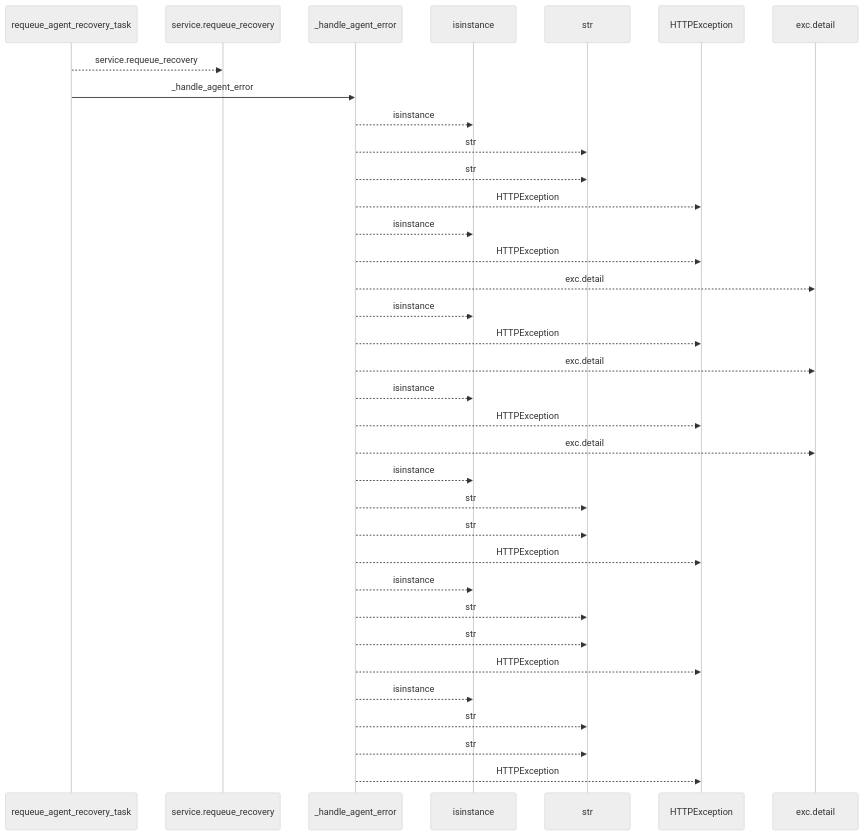
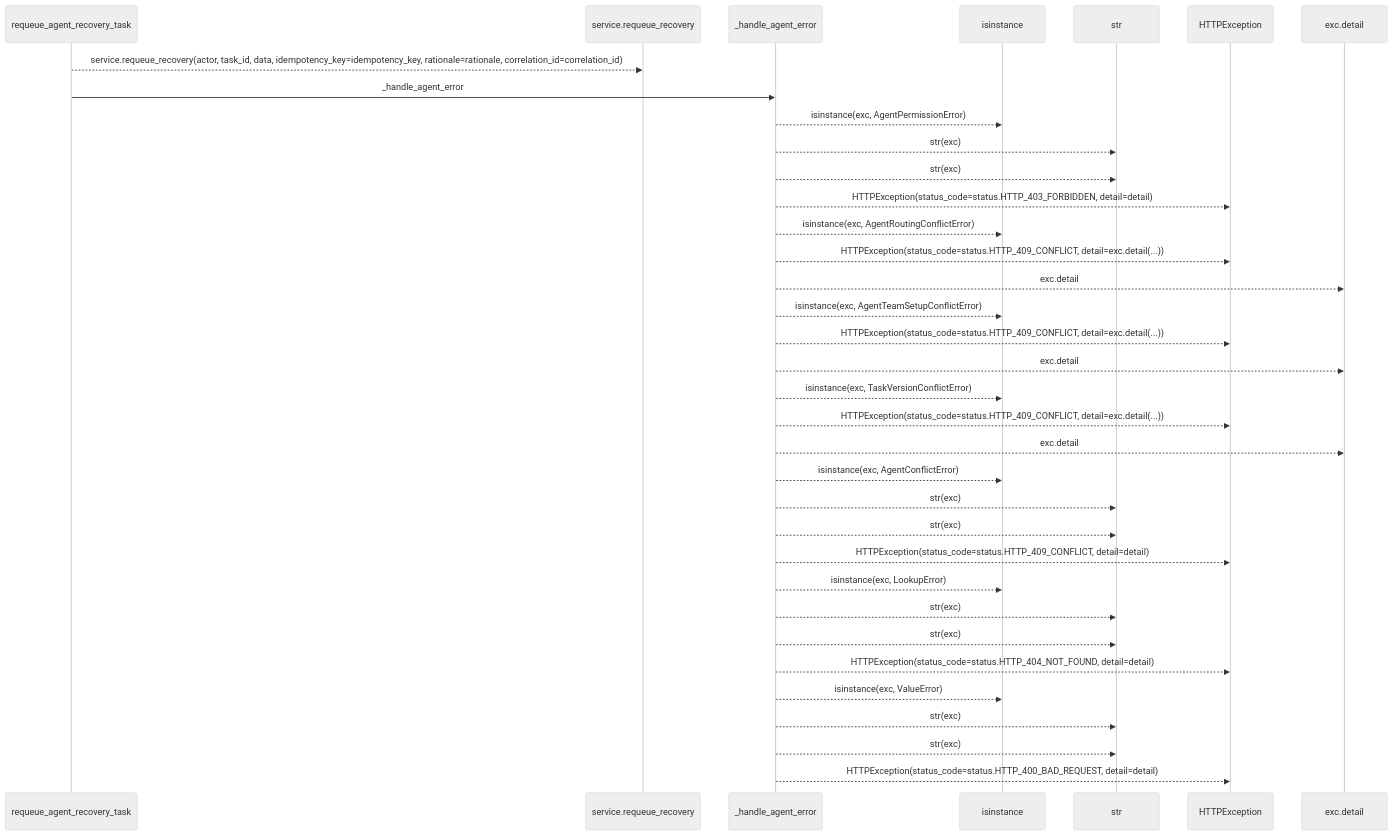
The first of 2 diagrams in docs/llm_wiki/flows/http-requeue_agent_recovery_task.md (Denissvgn/WorkChord), drawn with Mermaid (neutral theme) before and after one commit. The commit also changed other lines of this file and 25171 other files, not shown here.

````diff
--- a/docs/llm_wiki/flows/http-requeue_agent_recovery_task.md
+++ b/docs/llm_wiki/flows/http-requeue_agent_recovery_task.md
@@ -10,37 +12,37 @@
 ```mermaid
 sequenceDiagram
     participant p0 as requeue_agent_recovery_task
     participant p1 as service.requeue_recovery
     participant p2 as _handle_agent_error
     participant p3 as isinstance
     participant p4 as str
     participant p5 as HTTPException
     participant p6 as exc.detail
-    p0-->>p1: service.requeue_recovery
+    p0-->>p1: service.requeue_recovery(actor, task_id, data, idempotency_key=idempotency_key, rationale=rationale, correlation_id=correlation_id)
     p0->>p2: _handle_agent_error
-    p2-->>p3: isinstance
-    p2-->>p4: str
-    p2-->>p4: str
-    p2-->>p5: HTTPException
-    p2-->>p3: isinstance
-    p2-->>p5: HTTPException
+    p2-->>p3: isinstance(exc, AgentPermissionError)
+    p2-->>p4: str(exc)
+    p2-->>p4: str(exc)
+    p2-->>p5: HTTPException(status_code=status.HTTP_403_FORBIDDEN, detail=detail)
+    p2-->>p3: isinstance(exc, AgentRoutingConflictError)
+    p2-->>p5: HTTPException(status_code=status.HTTP_409_CONFLICT, detail=exc.detail(...))
     p2-->>p6: exc.detail
-    p2-->>p3: isinstance
-    p2-->>p5: HTTPException
+    p2-->>p3: isinstance(exc, AgentTeamSetupConflictError)
+    p2-->>p5: HTTPException(status_code=status.HTTP_409_CONFLICT, detail=exc.detail(...))
     p2-->>p6: exc.detail
-    p2-->>p3: isinstance
-    p2-->>p5: HTTPException
+    p2-->>p3: isinstance(exc, TaskVersionConflictError)
+    p2-->>p5: HTTPException(status_code=status.HTTP_409_CONFLICT, detail=exc.detail(...))
     p2-->>p6: exc.detail
-    p2-->>p3: isinstance
-    p2-->>p4: str
-    p2-->>p4: str
-    p2-->>p5: HTTPException
-    p2-->>p3: isinstance
-    p2-->>p4: str
-    p2-->>p4: str
-    p2-->>p5: HTTPException
-    p2-->>p3: isinstance
-    p2-->>p4: str
-    p2-->>p4: str
-    p2-->>p5: HTTPException
+    p2-->>p3: isinstance(exc, AgentConflictError)
+    p2-->>p4: str(exc)
+    p2-->>p4: str(exc)
+    p2-->>p5: HTTPException(status_code=status.HTTP_409_CONFLICT, detail=detail)
+    p2-->>p3: isinstance(exc, LookupError)
+    p2-->>p4: str(exc)
+    p2-->>p4: str(exc)
+    p2-->>p5: HTTPException(status_code=status.HTTP_404_NOT_FOUND, detail=detail)
+    p2-->>p3: isinstance(exc, ValueError)
+    p2-->>p4: str(exc)
+    p2-->>p4: str(exc)
+    p2-->>p5: HTTPException(status_code=status.HTTP_400_BAD_REQUEST, detail=detail)
 ```
````
